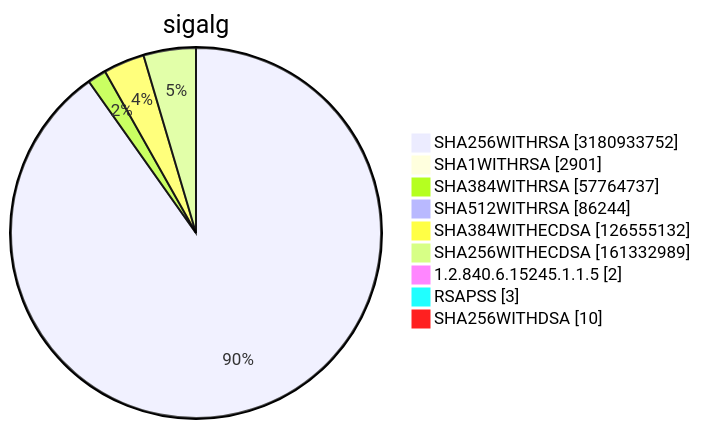
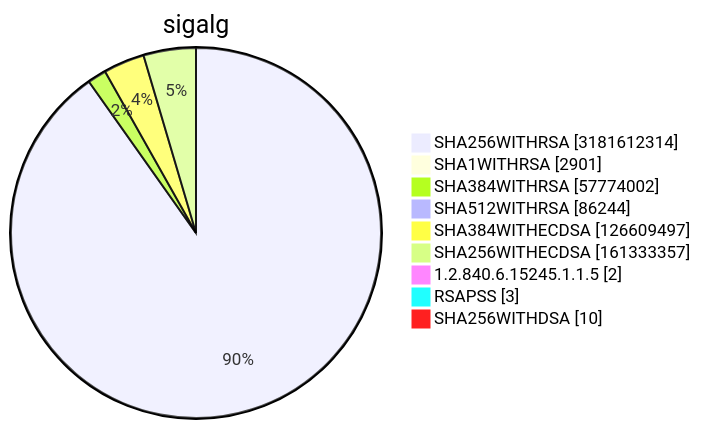
One commit to christiankrug/ctmonitor_visualization changed diagram 15 of 15 in TOTAL/README.md. Above: the diagram before and after it, drawn with Mermaid. The commit also changed other lines of this file, not shown here.

````diff
--- a/TOTAL/README.md
+++ b/TOTAL/README.md
@@ -6216,13 +6216,13 @@
 ```mermaid
 pie showData
 title sigalg
-"SHA256WITHRSA" :3180933752
+"SHA256WITHRSA" :3181612314
 "SHA1WITHRSA" :2901
-"SHA384WITHRSA" :57764737
+"SHA384WITHRSA" :57774002
 "SHA512WITHRSA" :86244
-"SHA384WITHECDSA" :126555132
-"SHA256WITHECDSA" :161332989
+"SHA384WITHECDSA" :126609497
+"SHA256WITHECDSA" :161333357
 "1.2.840.6.15245.1.1.5" :2
 "RSAPSS" :3
 "SHA256WITHDSA" :10
 ```
````
